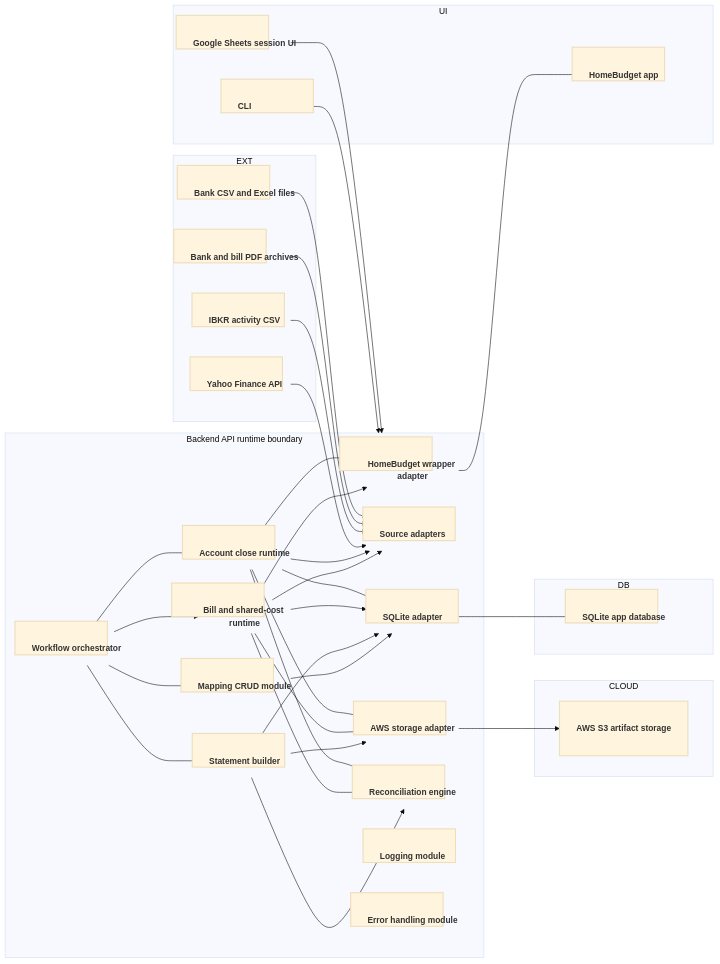
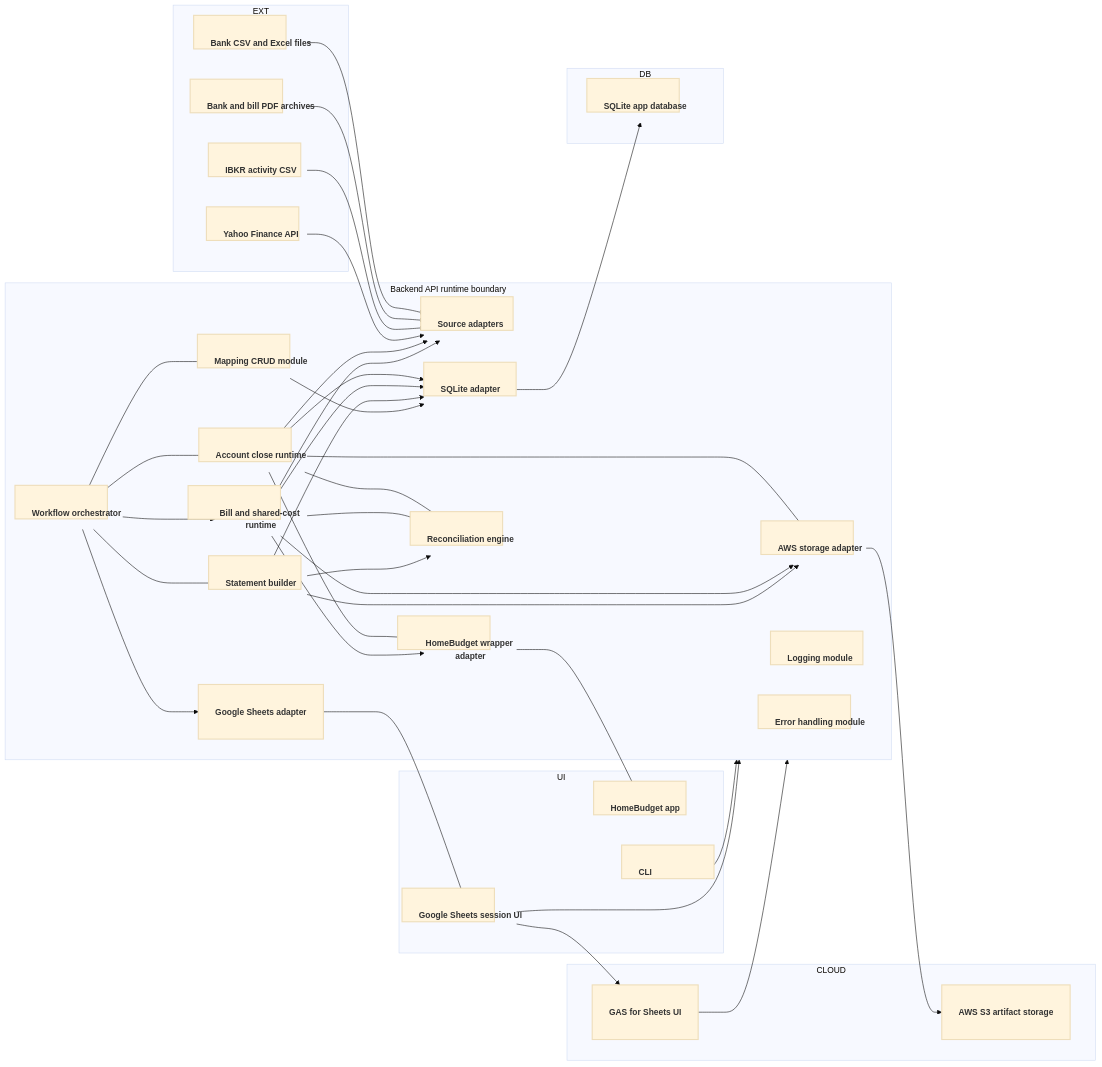
The diagram in docs/releases/010/design/architecture.md (yayfalafels/financial-statements), drawn with Mermaid before and after one commit. The commit also changed other lines of this file and 4 other files, not shown here.

```diff
--- a/docs/releases/010/design/architecture.md
+++ b/docs/releases/010/design/architecture.md
@@ -144,6 +155,7 @@
 
     subgraph CLOUD
         S3["AWS S3 artifact storage"]
+        GAS["GAS for Sheets UI"]
     end
 
     subgraph UI
@@ -161,6 +173,7 @@
         HBA["HomeBudget wrapper adapter"]
         MAPMOD["Mapping CRUD module"]
         SQLA["SQLite adapter"]
+        GSADAPT["Google Sheets adapter"]
         RECON["Reconciliation engine"]
         STMT["Statement builder"]
         LOG["Logging module"]
@@ -180,9 +193,13 @@
     SQLA --> SQLITE
     AWSA --> S3
 
+    CLI --> APP
+    GAS --> APP
     GS --> APP
-    CLI --> APP
+    GSADAPT --> GS
+    GS --> GAS
 
+    ORCH --> GSADAPT
     ORCH --> MAPMOD
     ORCH --> ACRUN
     ORCH --> BSRUN
```
